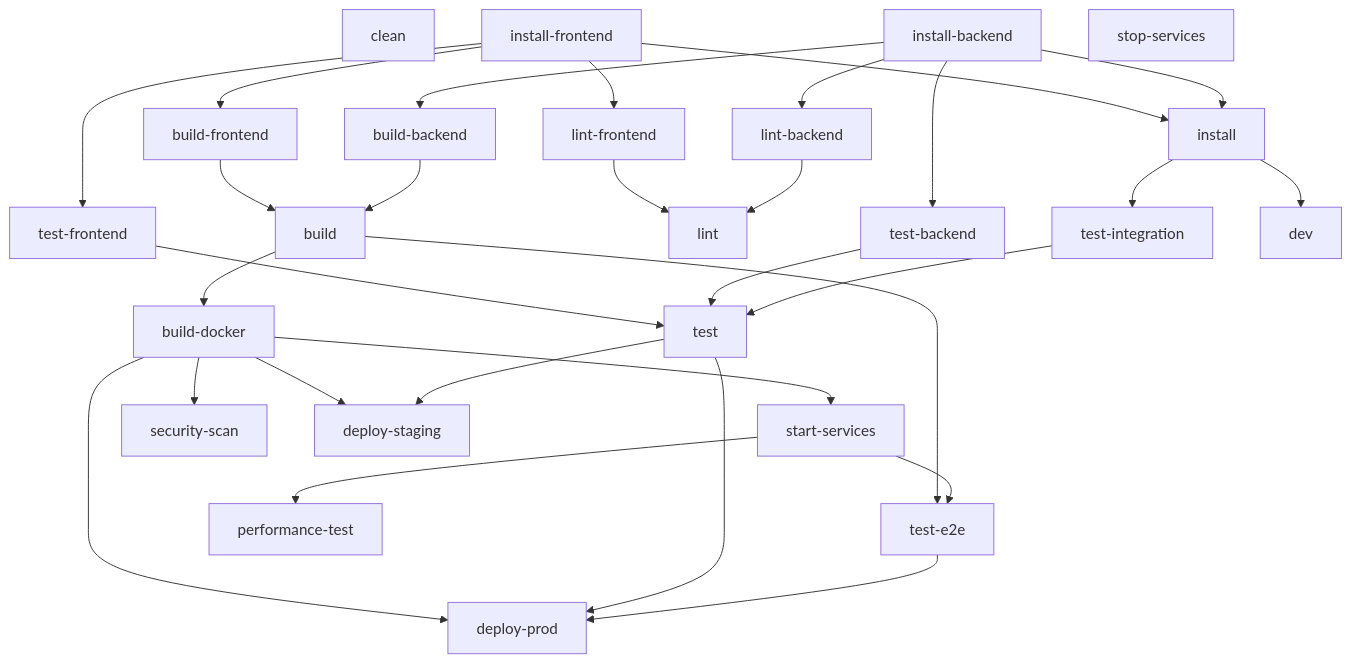
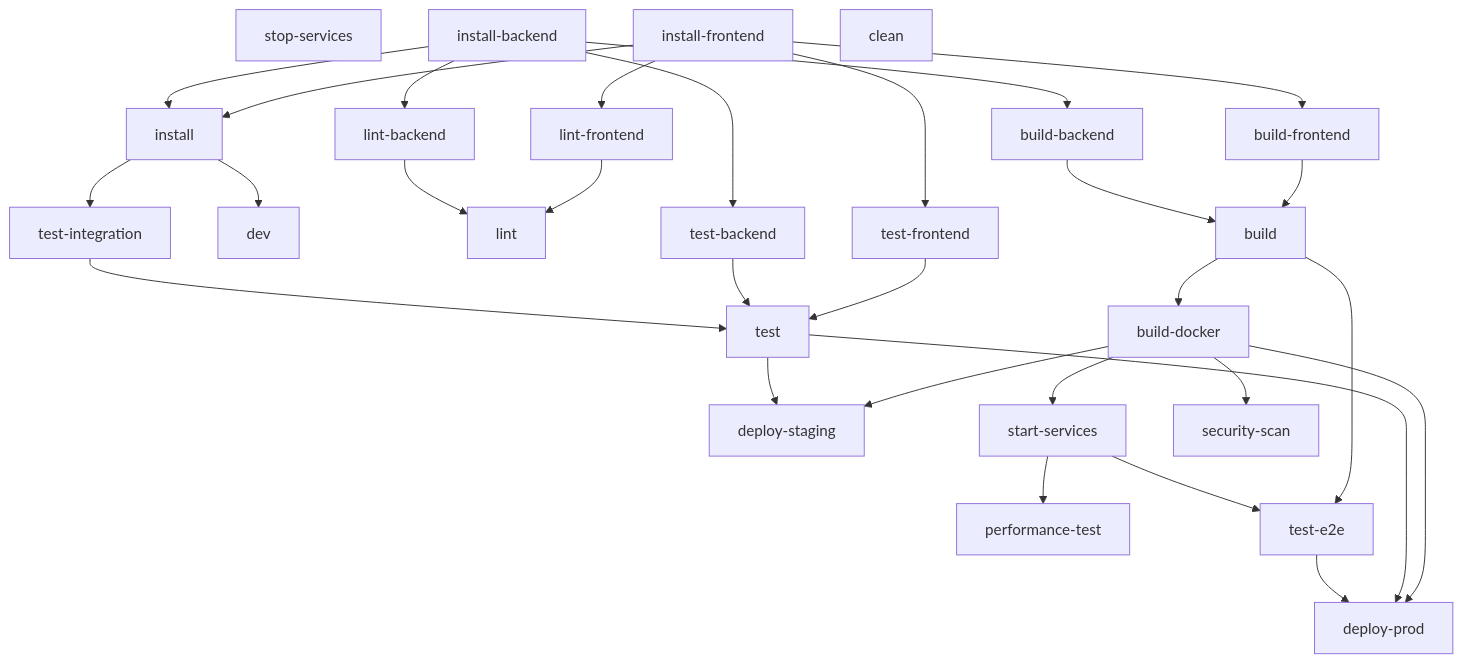
One commit to nichecode/pipeline-analyzer changed the diagram in examples/complex-webapp/.discovery/pipeline-analyzer/gotask/tasks/dependency-graph.md. Above: the diagram before and after it, drawn with Mermaid. The commit also changed other lines of this file and 18 other files, not shown here.

````diff
--- a/examples/complex-webapp/.discovery/pipeline-analyzer/gotask/tasks/dependency-graph.md
+++ b/examples/complex-webapp/.discovery/pipeline-analyzer/gotask/tasks/dependency-graph.md
@@ -13,54 +13,54 @@
 ```mermaid
 graph TD
-    test-e2e["test-e2e"]
-    start-services["start-services"]
-    security-scan["security-scan"]
-    performance-test["performance-test"]
-    clean["clean"]
+    test-integration["test-integration"]
+    lint-frontend["lint-frontend"]
+    stop-services["stop-services"]
+    install-backend["install-backend"]
     build-frontend["build-frontend"]
     deploy-staging["deploy-staging"]
+    performance-test["performance-test"]
+    dev["dev"]
+    install-frontend["install-frontend"]
+    test-e2e["test-e2e"]
+    lint["lint"]
+    build-backend["build-backend"]
+    start-services["start-services"]
+    deploy-prod["deploy-prod"]
     install["install"]
-    install-frontend["install-frontend"]
-    install-backend["install-backend"]
     test-frontend["test-frontend"]
-    test-integration["test-integration"]
-    lint["lint"]
-    lint-frontend["lint-frontend"]
+    lint-backend["lint-backend"]
     build["build"]
+    build-docker["build-docker"]
+    security-scan["security-scan"]
+    clean["clean"]
     test["test"]
     test-backend["test-backend"]
-    lint-backend["lint-backend"]
-    build-backend["build-backend"]
-    build-docker["build-docker"]
-    stop-services["stop-services"]
-    deploy-prod["deploy-prod"]
-    dev["dev"]
-    build-docker --> security-scan
     build-docker --> deploy-staging
     test --> deploy-staging
-    install-frontend --> test-frontend
-    install --> test-integration
-    install-frontend --> lint-frontend
-    build-frontend --> build
-    build-backend --> build
-    install-backend --> test-backend
+    install-backend --> build-backend
     build-docker --> deploy-prod
     test --> deploy-prod
     test-e2e --> deploy-prod
-    install --> dev
-    install-frontend --> build-frontend
-    build --> build-docker
+    build-frontend --> build
+    build-backend --> build
     build --> test-e2e
     start-services --> test-e2e
+    build-docker --> start-services
+    install-frontend --> test-frontend
+    build-docker --> security-scan
+    install --> test-integration
+    install-frontend --> lint-frontend
+    start-services --> performance-test
+    install --> dev
     install-frontend --> install
     install-backend --> install
     test-frontend --> test
     test-backend --> test
     test-integration --> test
-    install-backend --> build-backend
-    build-docker --> start-services
-    start-services --> performance-test
+    install-backend --> test-backend
+    install-frontend --> build-frontend
     lint-frontend --> lint
     lint-backend --> lint
     install-backend --> lint-backend
+    build --> build-docker
 ```
````
